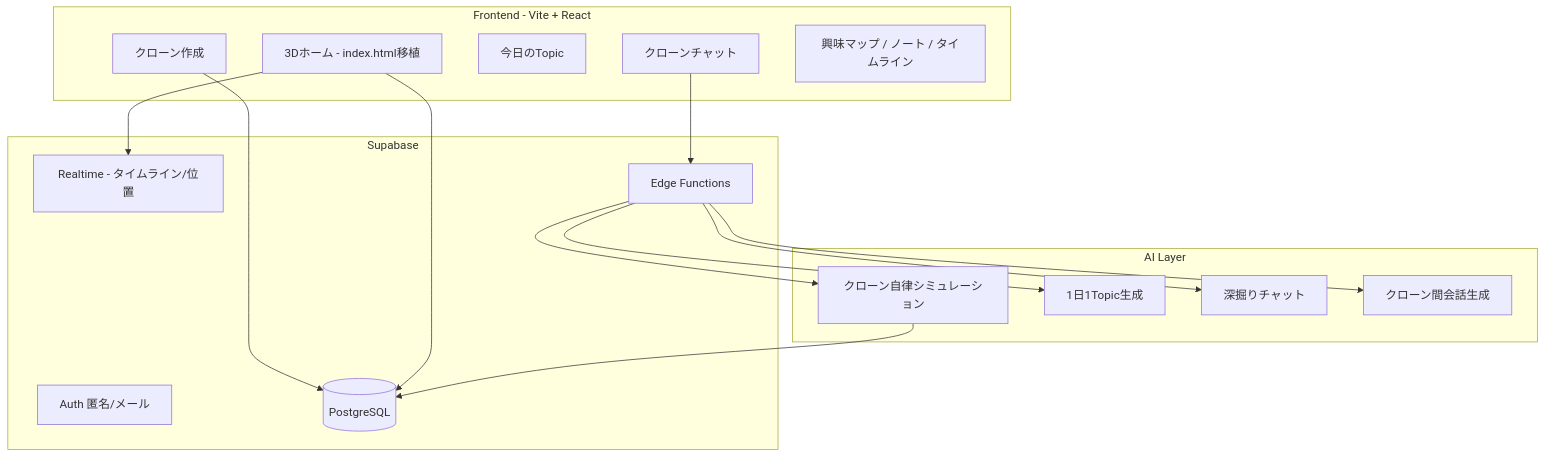
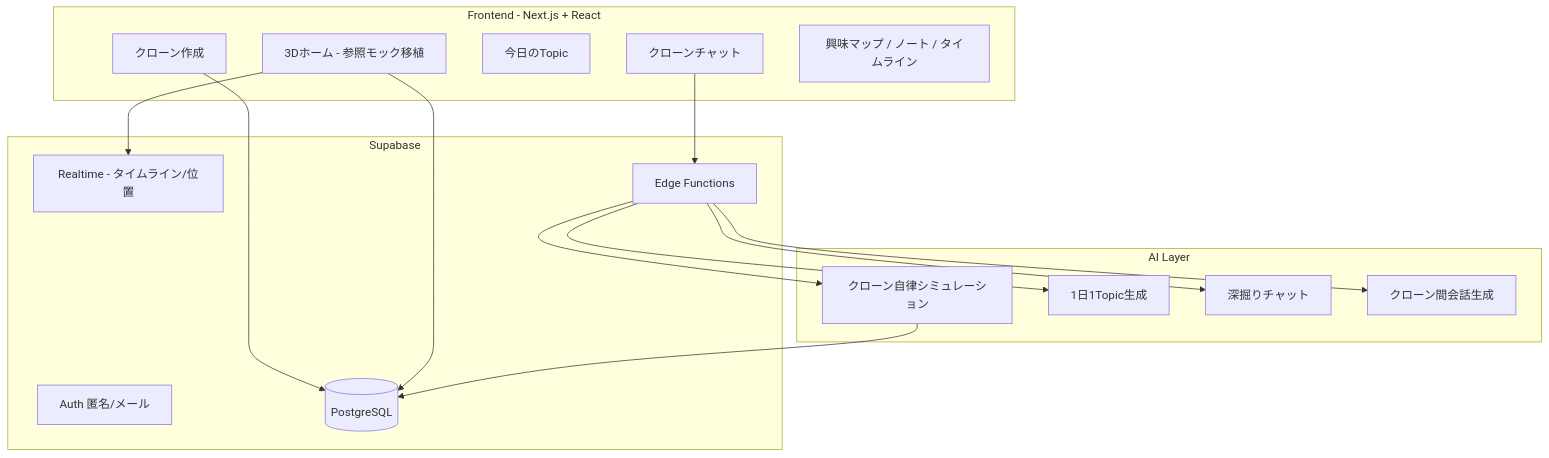
Before and after one commit to bababanuma-eng/houchi-me: the first of 2 diagrams in project-docs/plan.md, drawn with Mermaid. The commit also changed other lines of this file and 49 other files, not shown here.

````diff
--- a/project-docs/plan.md
+++ b/project-docs/plan.md
@@ -218,34 +218,34 @@
 ```mermaid
 flowchart TB
-  subgraph client [Frontend - Vite + React]
+  subgraph client [Frontend - Next.js + React]
     Onboard[クローン作成]
-    World[3Dホーム - index.html移植]
+    World[3Dホーム - 参照モック移植]
     Topic[今日のTopic]
     Chat[クローンチャット]
     Map[興味マップ / ノート / タイムライン]
   end
 
   subgraph supabase [Supabase]
     Auth[Auth 匿名/メール]
     DB[(PostgreSQL)]
     RT[Realtime - タイムライン/位置]
     EF[Edge Functions]
   end
 
   subgraph ai [AI Layer]
     Agent[クローン自律シミュレーション]
     TopicGen[1日1Topic生成]
     ChatLLM[深掘りチャット]
     Encounter[クローン間会話生成]
   end
 
   Onboard --> DB
   World --> RT
   World --> DB
   EF --> Agent
   EF --> TopicGen
   EF --> ChatLLM
   EF --> Encounter
   Agent --> DB
   Chat --> EF
 ```
````
